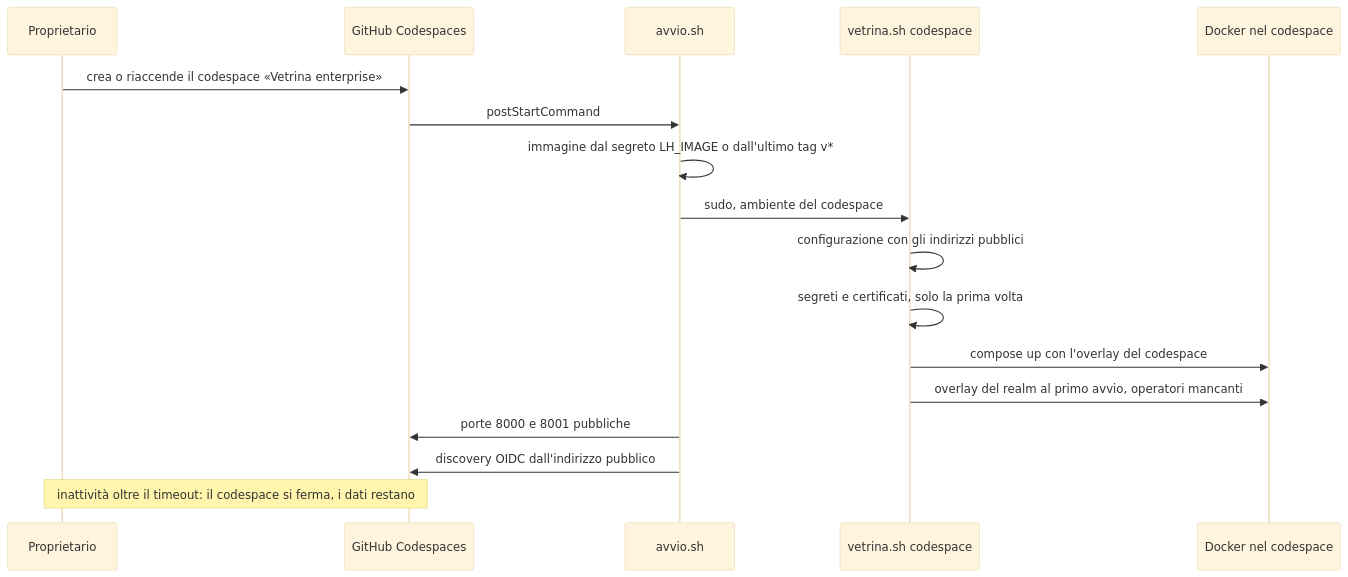
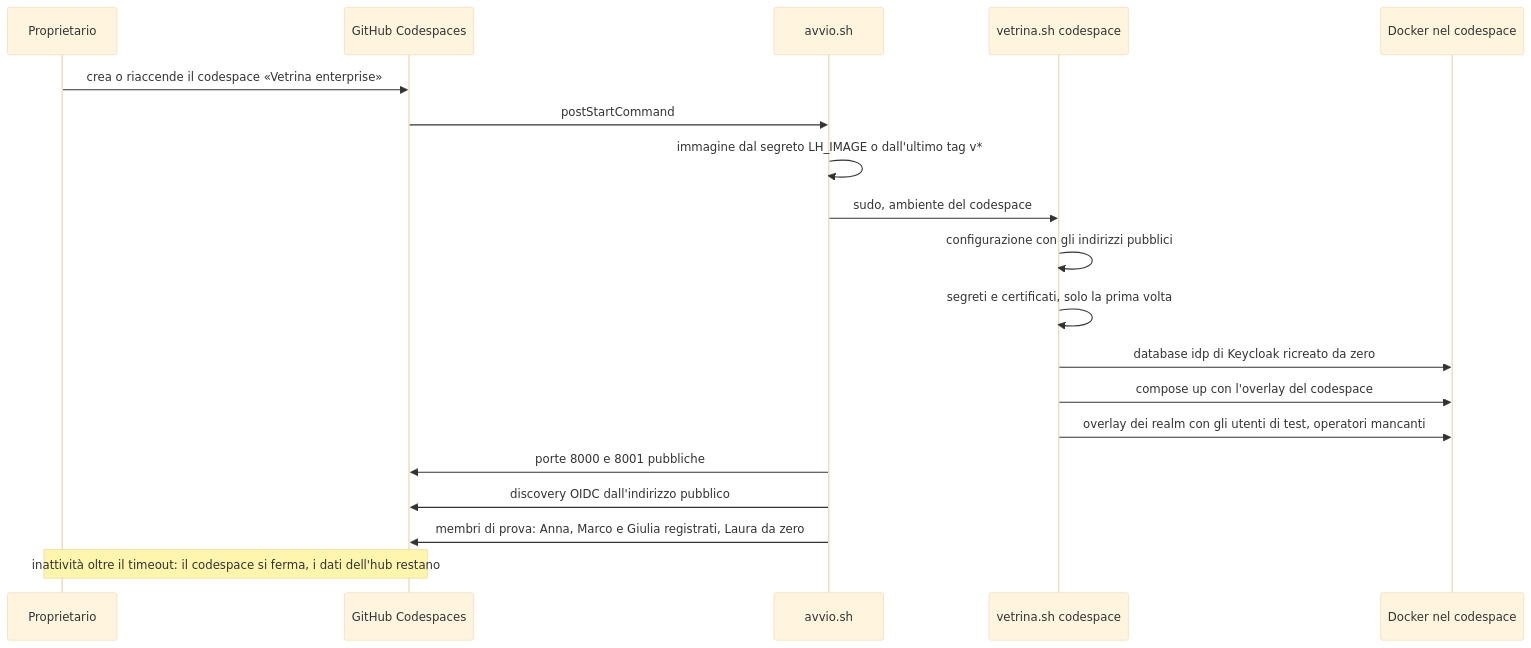
Before and after one commit to peppe-ruv/Loyalty_Sys: the second of 7 diagrams in concetti/vetrina-enterprise.mdx, drawn with Mermaid (base theme). The commit also changed other lines of this file and 17 other files, not shown here.

First line of the commit message:
feat(idp): utenti di test, Keycloak da zero a ogni avvio e membri di prova [F2-IAM-01, ADR-051, Q-671, Q-672, Q-673, Q-676, Q-677, docs/18 M8.14 V8]

````diff
--- a/concetti/vetrina-enterprise.mdx
+++ b/concetti/vetrina-enterprise.mdx
@@ -67,21 +67,23 @@
 ```mermaid
 sequenceDiagram
   accTitle: Avvio della vetrina nel codespace
-  accDescr: All'avvio del codespace lo script del dev container sceglie l'immagine, lancia vetrina.sh in modalità codespace, che scrive la configurazione, genera i segreti la prima volta, avvia lo stack e al primo avvio applica l'overlay del realm, poi crea gli operatori mancanti. Lo script rende pubbliche le porte 8000 e 8001 e verifica la discovery OIDC dall'indirizzo pubblico, passando dall'inoltro delle porte di GitHub.
+  accDescr: All'avvio del codespace lo script del dev container sceglie l'immagine e lancia vetrina.sh in modalità codespace. Lo script scrive la configurazione, genera i segreti la prima volta, ricrea da zero il database di Keycloak, avvia lo stack e applica gli overlay dei realm master, operatori e membri con gli utenti di test, poi crea gli operatori mancanti. Lo script del dev container rende pubbliche le porte 8000 e 8001, verifica la discovery OIDC dall'indirizzo pubblico e registra i membri di prova dal portale.
   participant P as Proprietario
   participant G as GitHub Codespaces
   participant A as avvio.sh
   participant S as vetrina.sh codespace
   participant D as Docker nel codespace
   P->>G: crea o riaccende il codespace «Vetrina enterprise»
   G->>A: postStartCommand
   A->>A: immagine dal segreto LH_IMAGE o dall'ultimo tag v*
   A->>S: sudo, ambiente del codespace
   S->>S: configurazione con gli indirizzi pubblici
   S->>S: segreti e certificati, solo la prima volta
+  S->>D: database idp di Keycloak ricreato da zero
   S->>D: compose up con l'overlay del codespace
-  S->>D: overlay del realm al primo avvio, operatori mancanti
+  S->>D: overlay dei realm con gli utenti di test, operatori mancanti
   A->>G: porte 8000 e 8001 pubbliche
   A->>G: discovery OIDC dall'indirizzo pubblico
-  Note over P,G: inattività oltre il timeout: il codespace si ferma, i dati restano
+  A->>G: membri di prova: Anna, Marco e Giulia registrati, Laura da zero
+  Note over P,G: inattività oltre il timeout: il codespace si ferma, i dati dell'hub restano
 ```
````
